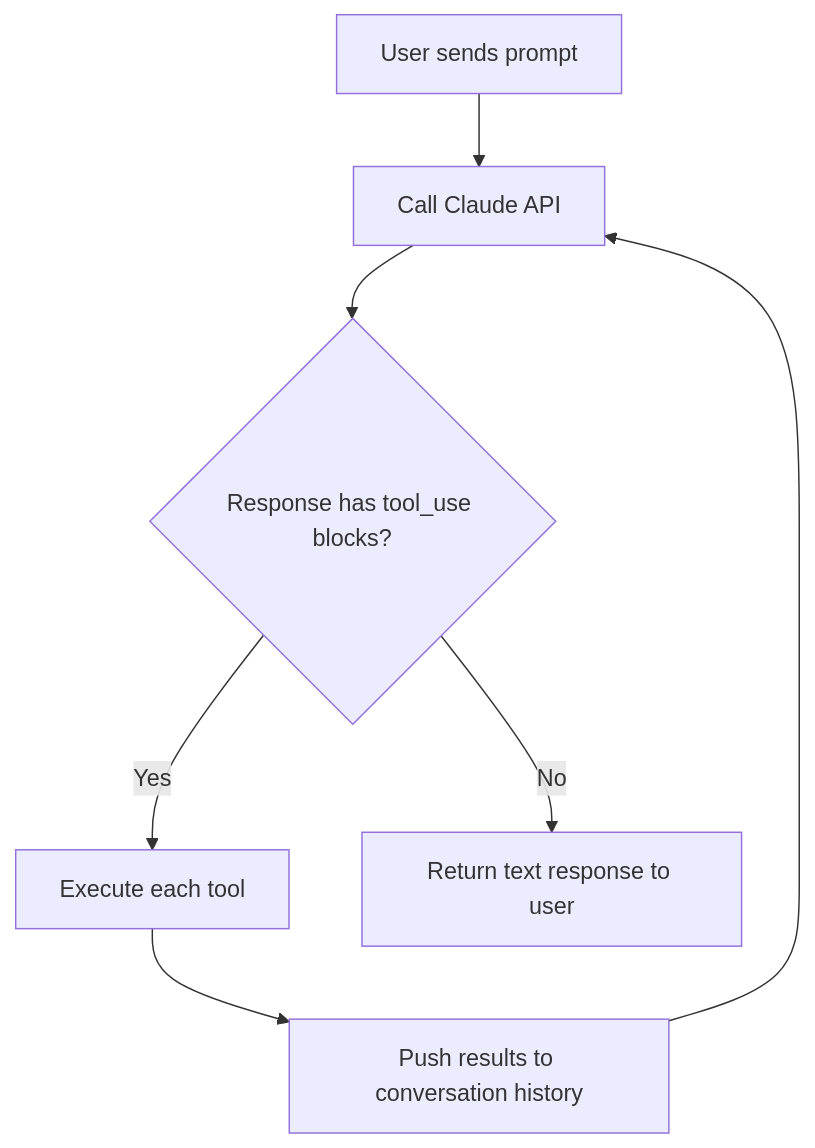
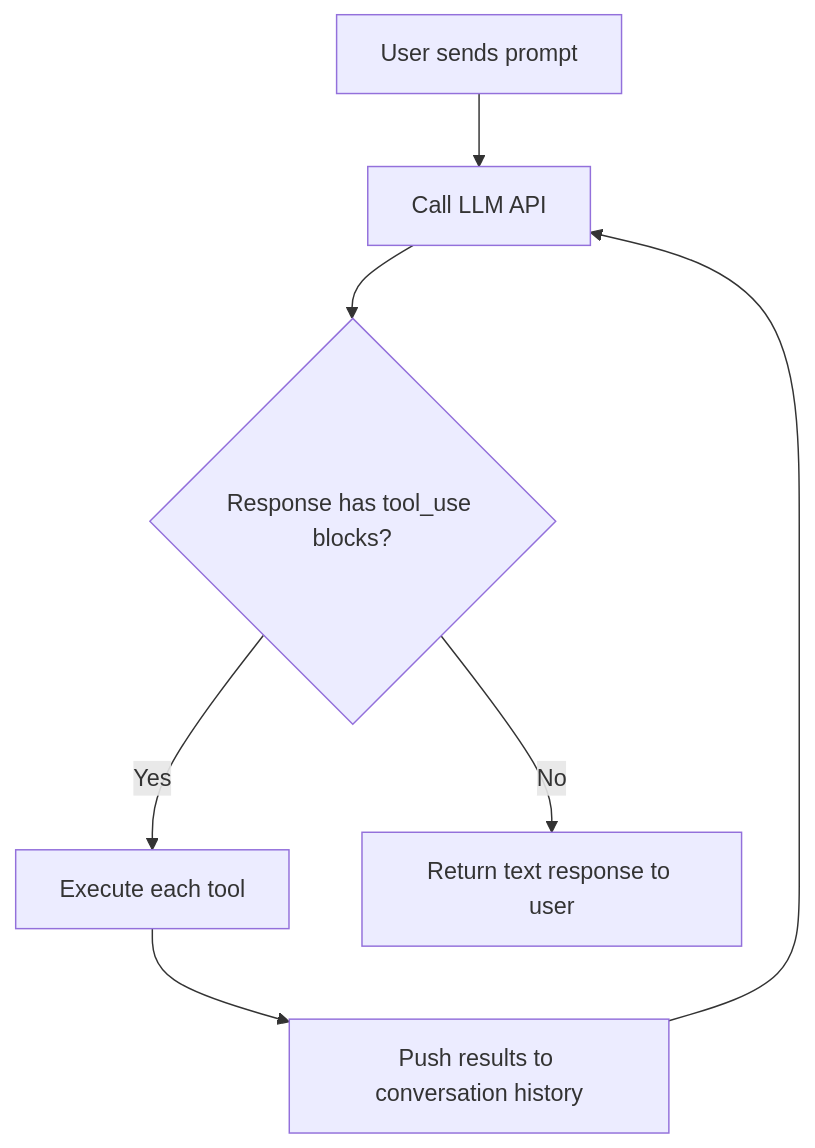
One commit to nauvalazhar/build-your-own-ai-coding-agent changed the diagram in chapters/01-agentic-loop.md. Above: the diagram before and after it, drawn with Mermaid. The commit also changed other lines of this file and 4 other files, not shown here.

````diff
--- a/chapters/01-agentic-loop.md
+++ b/chapters/01-agentic-loop.md
@@ -146,9 +146,9 @@
 ```mermaid
 flowchart TD
-    A[User sends prompt] --> B[Call Claude API]
+    A[User sends prompt] --> B[Call LLM API]
     B --> C{Response has tool_use blocks?}
     C -->|Yes| D[Execute each tool]
     D --> E[Push results to conversation history]
     E --> B
     C -->|No| F[Return text response to user]
 ```
````
